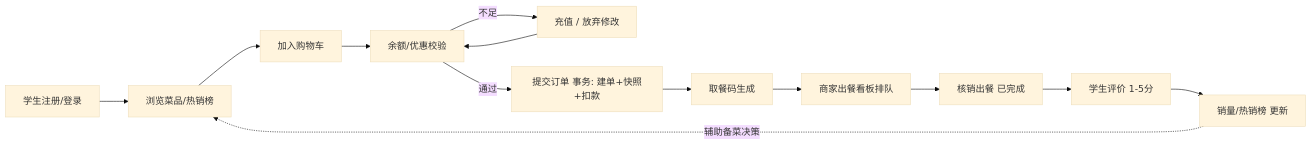
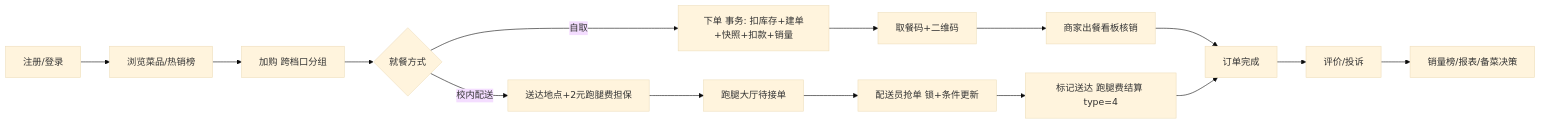
One commit to wmy-233/canteen-system changed the diagram in docs/软件需求规格说明书.md. Above: the diagram before and after it, drawn with Mermaid (base theme). The commit also changed other lines of this file and 7 other files, not shown here.

````diff
--- a/docs/软件需求规格说明书.md
+++ b/docs/软件需求规格说明书.md
@@ -236,15 +269,17 @@
 ```mermaid
 flowchart LR
-    S1[学生注册/登录] --> S2[浏览菜品/热销榜]
-    S2 --> S3[加入购物车]
-    S3 --> S4[余额/优惠校验]
-    S4 -->|不足| S4a[充值 / 放弃修改]
-    S4a --> S4
-    S4 -->|通过| S5[提交订单 事务: 建单+快照+扣款]
-    S5 --> S6[取餐码生成]
-    S6 --> S7[商家出餐看板排队]
-    S7 --> S8[核销出餐 已完成]
-    S8 --> S9[学生评价 1-5分]
-    S9 --> S10[销量/热销榜 更新]
-    S10 -.->|辅助备菜决策| S2
+    S1[注册/登录] --> S2[浏览菜品/热销榜]
+    S2 --> S3[加购 跨档口分组]
+    S3 --> S4{就餐方式}
+    S4 -->|自取| S5[下单 事务: 扣库存+建单+快照+扣款+销量]
+    S4 -->|校内配送| S5b[送达地点+2元跑腿费担保]
+    S5 --> S6[取餐码+二维码]
+    S6 --> S7[商家出餐看板核销]
+    S7 --> S8[订单完成]
+    S5b --> S9[跑腿大厅待接单]
+    S9 --> S10[配送员抢单 锁+条件更新]
+    S10 --> S11[标记送达 跑腿费结算 type=4]
+    S11 --> S8
+    S8 --> S12[评价/投诉]
+    S12 --> S13[销量榜/报表/备菜决策]
 ```
````
